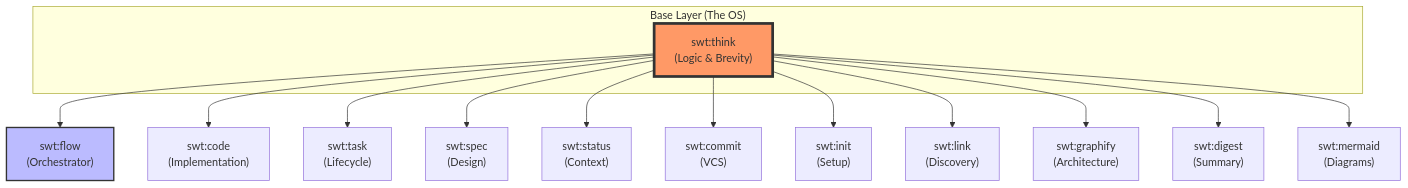
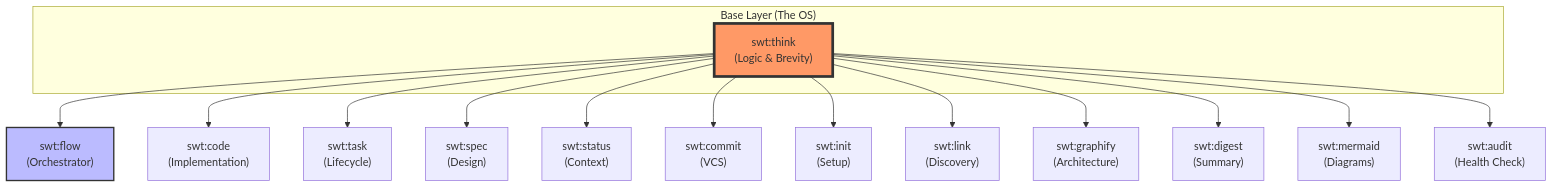
One commit to smashweaver/simple-workflow-toolkit changed the first of 2 diagrams in ARCHITECTURE.md. Above: the diagram before and after it, drawn with Mermaid. The commit also changed other lines of this file and 8 other files, not shown here.

First line of the commit message:
refactor(state): transition task state manifests to headless architecture

````diff
--- a/ARCHITECTURE.md
+++ b/ARCHITECTURE.md
@@ -9,21 +9,22 @@
 ```mermaid
 graph TD
     subgraph "Base Layer (The OS)"
         Think["swt:think\n(Logic & Brevity)"]
     end
 
     Think --> Flow["swt:flow\n(Orchestrator)"]
     Think --> Code["swt:code\n(Implementation)"]
     Think --> Task["swt:task\n(Lifecycle)"]
     Think --> Spec["swt:spec\n(Design)"]
     Think --> Status["swt:status\n(Context)"]
     Think --> Commit["swt:commit\n(VCS)"]
     Think --> Init["swt:init\n(Setup)"]
     Think --> Link["swt:link\n(Discovery)"]
     Think --> Graphify["swt:graphify\n(Architecture)"]
     Think --> Digest["swt:digest\n(Summary)"]
     Think --> Mermaid["swt:mermaid\n(Diagrams)"]
+    Think --> Audit["swt:audit\n(Health Check)"]
     
     style Think fill:#f96,stroke:#333,stroke-width:4px
     style Flow fill:#bbf,stroke:#333,stroke-width:2px
 ```
````
